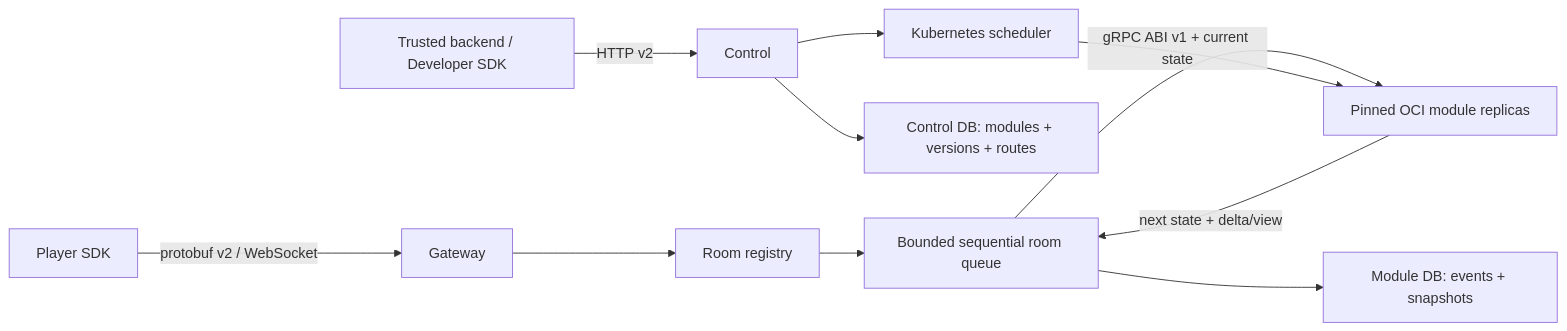
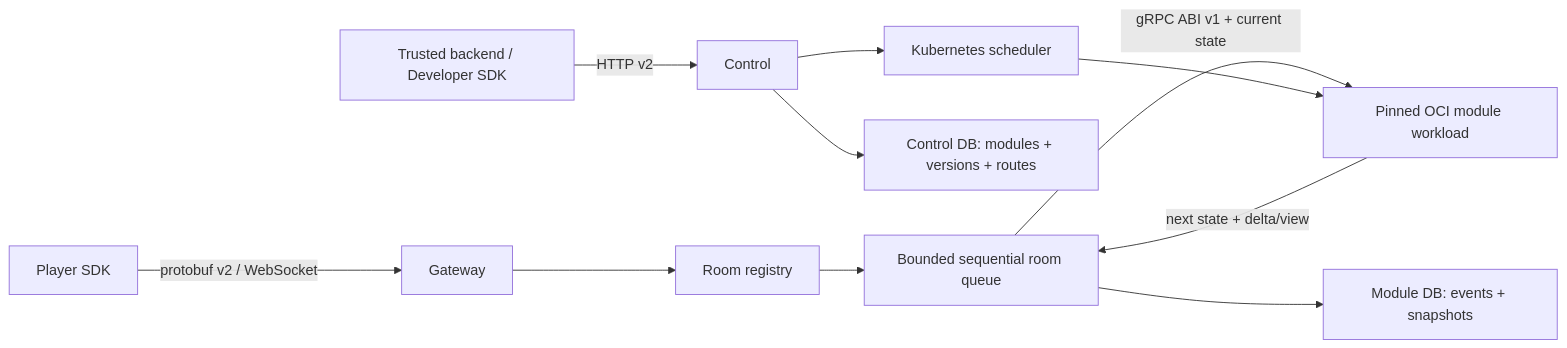
The diagram in docs/architecture.md (Ruleshift/server), drawn with Mermaid before and after one commit. The commit also changed other lines of this file and 9 other files, not shown here.

````diff
--- a/docs/architecture.md
+++ b/docs/architecture.md
@@ -6,13 +6,13 @@
 ```mermaid
 flowchart LR
     Player["Player SDK"] -->|"protobuf v2 / WebSocket"| Gateway
     Backend["Trusted backend / Developer SDK"] -->|"HTTP v2"| Control
     Gateway --> Registry["Room registry"]
     Registry --> Queue["Bounded sequential room queue"]
-    Queue -->|"gRPC ABI v1 + current state"| Module["Pinned OCI module replicas"]
+    Queue -->|"gRPC ABI v1 + current state"| Module["Pinned OCI module workload"]
     Module -->|"next state + delta/view"| Queue
     Queue --> Store["Module DB: events + snapshots"]
     Control --> ControlDB["Control DB: modules + versions + routes"]
     Control --> Scheduler["Kubernetes scheduler"]
     Scheduler --> Module
 ```
````
